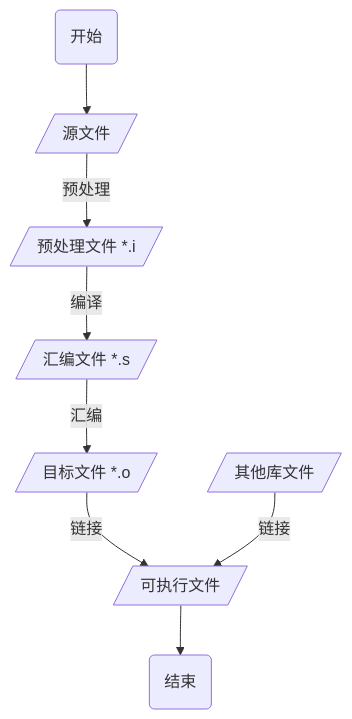
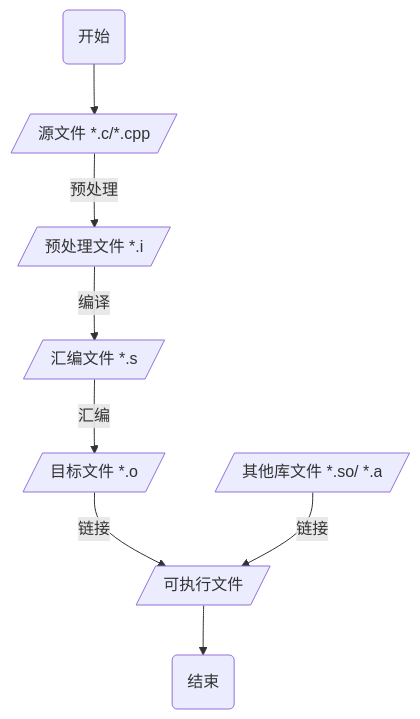
The diagram in C&C++/编译/编译过程.md (dalao-li/blog), drawn with Mermaid before and after one commit. The commit also changed other lines of this file and 5 other files, not shown here.

````diff
--- a/C&C++/编译/编译过程.md
+++ b/C&C++/编译/编译过程.md
@@ -36,19 +34,19 @@
 ```mermaid
 graph
 
 S(开始)
 
-S --> So[/源文件/]
+S --> So[/源文件 *.c/*.cpp/]
 
 So --> |预处理| Yu[/预处理文件 *.i/]
 
 Yu --> |编译| Hu[/汇编文件 *.s/]
 
 Hu --> |汇编| Mu[/目标文件 *.o/]
 
 Mu --> |链接| Ke[/可执行文件/]
 
-K[/其他库文件/] --> |链接| Ke[/可执行文件/]
+K[/其他库文件 *.so/ *.a/] --> |链接| Ke[/可执行文件/]
 
 Ke --> E(结束)
 ```
````
